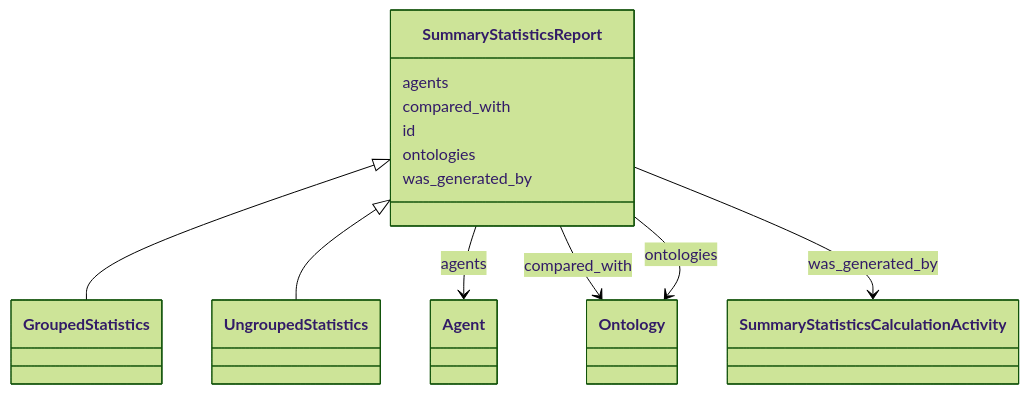
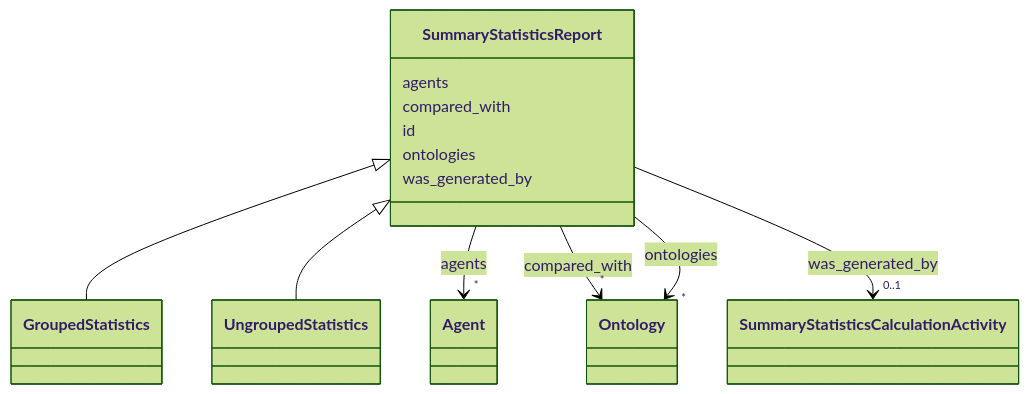
The diagram in summary-statistics/SummaryStatisticsReport.md (INCATools/ontology-access-kit), drawn with Mermaid (forest theme) before and after one commit. The commit also changed other lines of this file and 3329 other files, not shown here.

````diff
--- a/summary-statistics/SummaryStatisticsReport.md
+++ b/summary-statistics/SummaryStatisticsReport.md
@@ -19,26 +21,49 @@
 ```{mermaid}
  classDiagram
     class SummaryStatisticsReport
+    click SummaryStatisticsReport href "../SummaryStatisticsReport"
       SummaryStatisticsReport <|-- GroupedStatistics
+        click GroupedStatistics href "../GroupedStatistics"
       SummaryStatisticsReport <|-- UngroupedStatistics
+        click UngroupedStatistics href "../UngroupedStatistics"
       
       SummaryStatisticsReport : agents
         
-          SummaryStatisticsReport --> Agent : agents
+          
+    
+    
+    SummaryStatisticsReport --> "*" Agent : agents
+    click Agent href "../Agent"
+
         
       SummaryStatisticsReport : compared_with
         
-          SummaryStatisticsReport --> Ontology : compared_with
+          
+    
+    
+    SummaryStatisticsReport --> "*" Ontology : compared_with
+    click Ontology href "../Ontology"
+
         
       SummaryStatisticsReport : id
         
       SummaryStatisticsReport : ontologies
         
-          SummaryStatisticsReport --> Ontology : ontologies
+          
+    
+    
+    SummaryStatisticsReport --> "*" Ontology : ontologies
+    click Ontology href "../Ontology"
+
         
       SummaryStatisticsReport : was_generated_by
         
-          SummaryStatisticsReport --> SummaryStatisticsCalculationActivity : was_generated_by
+          
+    
+    
+    SummaryStatisticsReport --> "0..1" SummaryStatisticsCalculationActivity : was_generated_by
+    click SummaryStatisticsCalculationActivity href "../SummaryStatisticsCalculationActivity"
+
         
       
 ```
````
